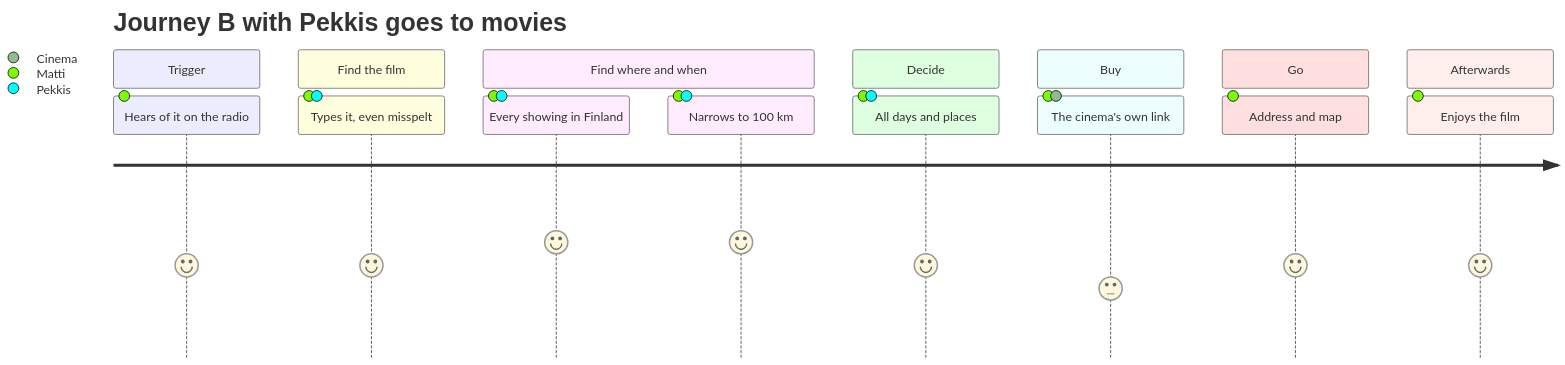
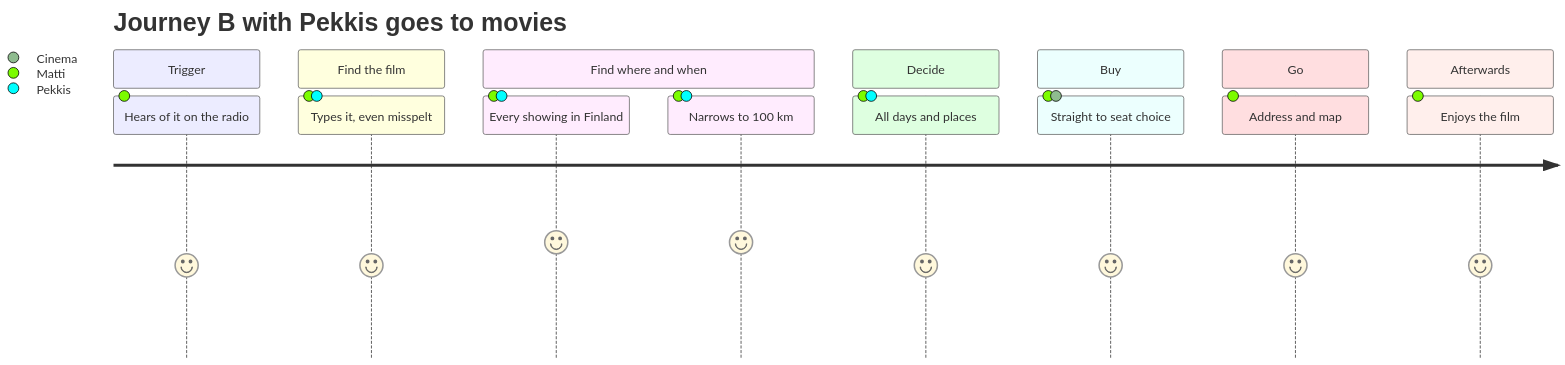
Before and after one commit to pekkis/pekkis-goes-to-movies-2026: the fourth of 4 diagrams in docs/design/journey-map.md, drawn with Mermaid. The commit also changed other lines of this file and 6 other files, not shown here.

First line of the commit message:
Journey maps: buying goes straight to the show's own purchase flow

````diff
--- a/docs/design/journey-map.md
+++ b/docs/design/journey-map.md
@@ -147,27 +147,27 @@
 ```mermaid
 ---
 config:
   journey:
     width: 190
     taskFontSize: 15
     sectionFontSize: 15
 ---
 %% image: journey-b-with-us
 journey
   title Journey B with Pekkis goes to movies
   section Trigger
     Hears of it on the radio: 4: Matti
   section Find the film
     Types it, even misspelt: 4: Matti, Pekkis
   section Find where and when
     Every showing in Finland: 5: Matti, Pekkis
     Narrows to 100 km: 5: Matti, Pekkis
   section Decide
     All days and places: 4: Matti, Pekkis
   section Buy
-    The cinema's own link: 3: Matti, Cinema
+    Straight to seat choice: 4: Matti, Cinema
   section Go
     Address and map: 4: Matti
   section Afterwards
     Enjoys the film: 4: Matti
 ```
````
